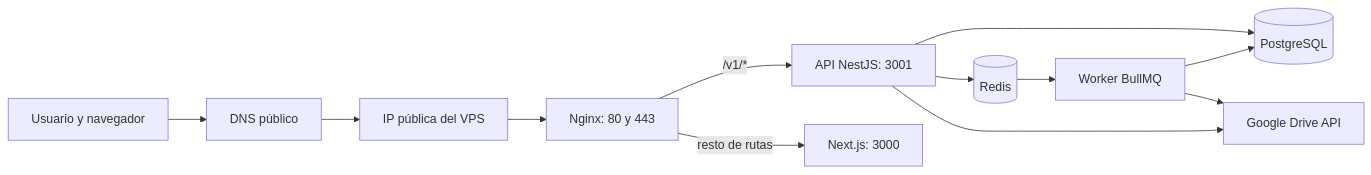
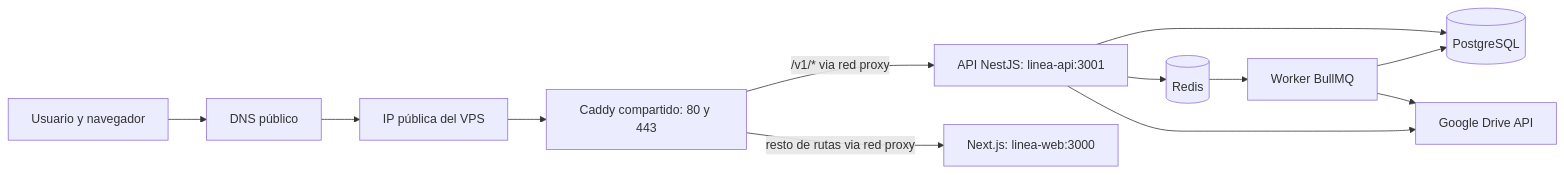
The first of 2 diagrams in docs/ci-cd-vps-guia-completa.md (aadolfo8/linea-de-vida), drawn with Mermaid before and after one commit. The commit also changed other lines of this file and 8 other files, not shown here.

First line of the commit message:
chore(deploy): serve production through the shared Caddy proxy

````diff
--- a/docs/ci-cd-vps-guia-completa.md
+++ b/docs/ci-cd-vps-guia-completa.md
@@ -31,14 +31,14 @@
 ```mermaid
 flowchart LR
     U[Usuario y navegador] --> DNS[DNS público]
     DNS --> VPS[IP pública del VPS]
-    VPS --> N[Nginx: 80 y 443]
-    N -->|/v1/*| API[API NestJS: 3001]
-    N -->|resto de rutas| WEB[Next.js: 3000]
+    VPS --> N[Caddy compartido: 80 y 443]
+    N -->|/v1/* via red proxy| API[API NestJS: linea-api:3001]
+    N -->|resto de rutas via red proxy| WEB[Next.js: linea-web:3000]
     API --> DB[(PostgreSQL)]
     API --> R[(Redis)]
     API --> G[Google Drive API]
     R --> W[Worker BullMQ]
     W --> DB
     W --> G
 ```
````
